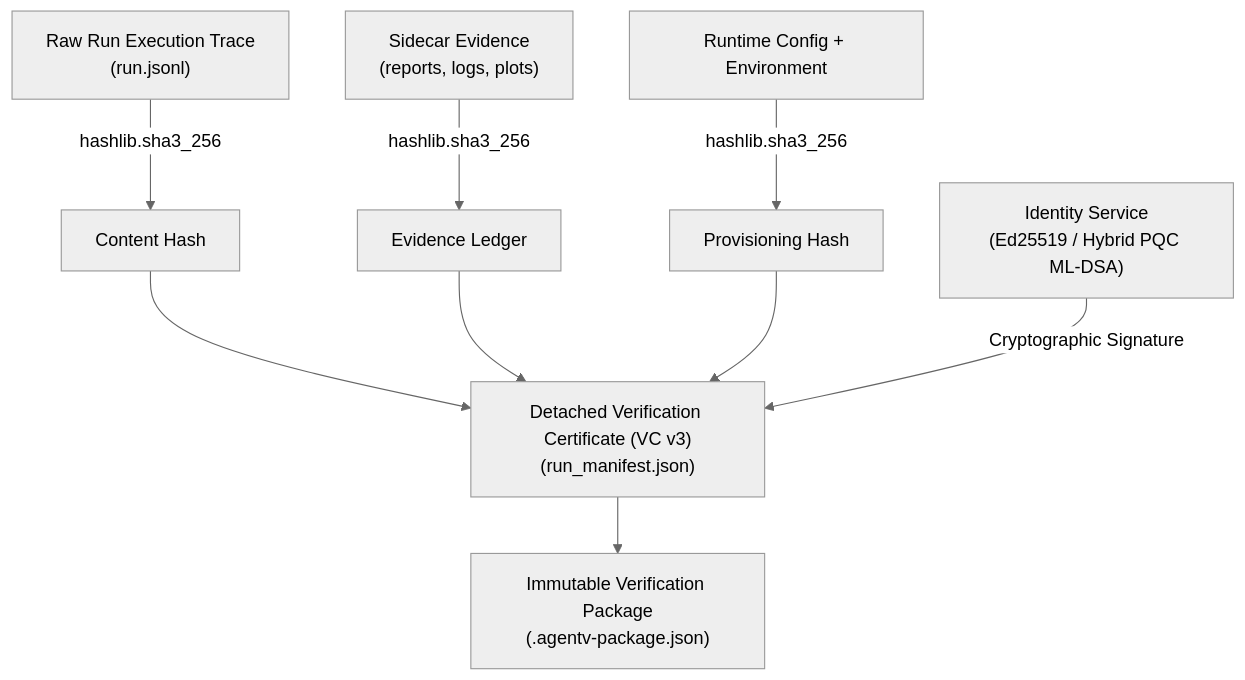
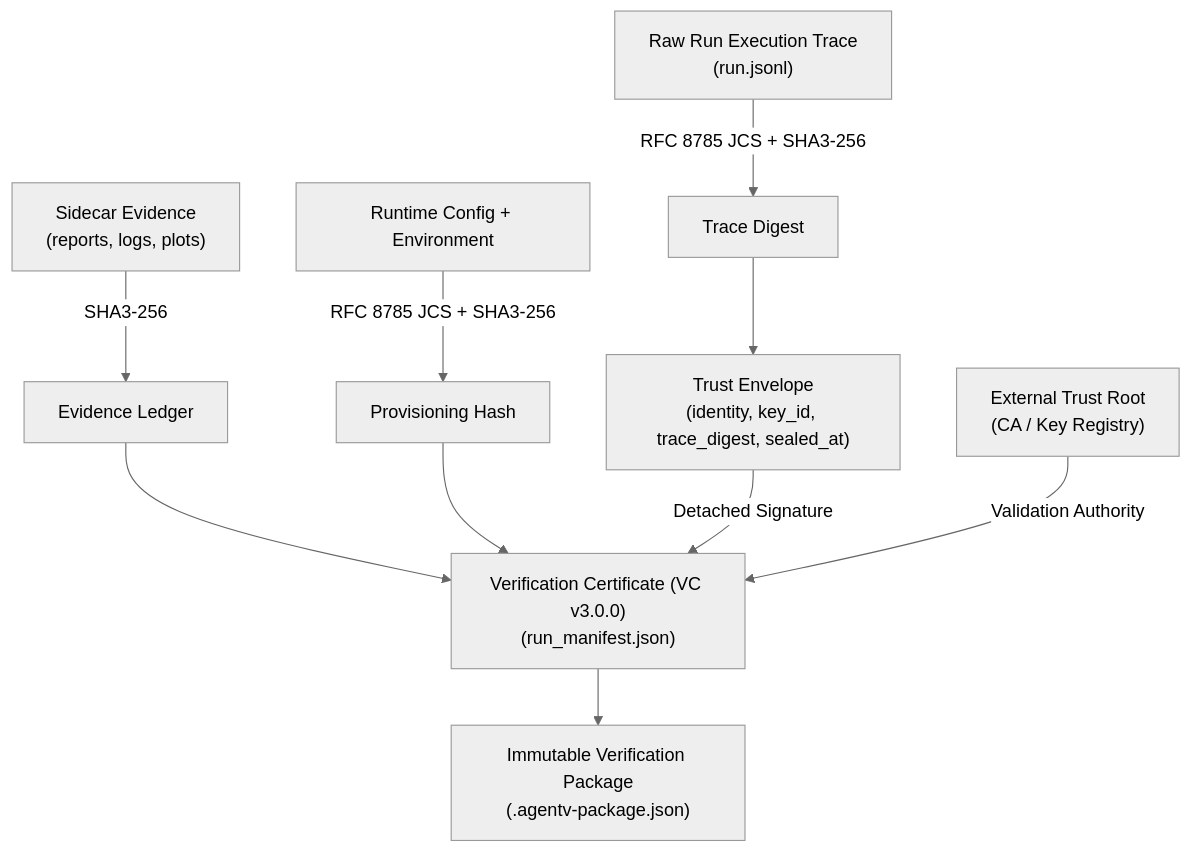
One commit to najeed/ai-agent-eval-harness changed the diagram in docs/src/content/docs/auditor/compliance.md. Above: the diagram before and after it, drawn with Mermaid (neutral theme). The commit also changed other lines of this file and 54 other files, not shown here.

````diff
--- a/docs/src/content/docs/auditor/compliance.md
+++ b/docs/src/content/docs/auditor/compliance.md
@@ -14,13 +14,14 @@
 ```mermaid
 graph TD
-    A["Raw Run Execution Trace<br/>(run.jsonl)"] -->|hashlib.sha3_256| B["Content Hash"]
-    S["Sidecar Evidence<br/>(reports, logs, plots)"] -->|hashlib.sha3_256| L["Evidence Ledger"]
-    P["Runtime Config + Environment"] -->|hashlib.sha3_256| H["Provisioning Hash"]
+    A["Raw Run Execution Trace<br/>(run.jsonl)"] -->|RFC 8785 JCS + SHA3-256| B["Trace Digest"]
+    S["Sidecar Evidence<br/>(reports, logs, plots)"] -->|SHA3-256| L["Evidence Ledger"]
+    P["Runtime Config + Environment"] -->|RFC 8785 JCS + SHA3-256| H["Provisioning Hash"]
     
-    B --> M["Detached Verification Certificate (VC v3)<br/>(run_manifest.json)"]
-    L --> M
+    B --> E["Trust Envelope<br/>(identity, key_id, trace_digest, sealed_at)"]
+    L --> M["Verification Certificate (VC v3.0.0)<br/>(run_manifest.json)"]
     H --> M
+    E -->|Detached Signature| M
     
-    K["Identity Service<br/>(Ed25519 / Hybrid PQC ML-DSA)"] -->|Cryptographic Signature| M
+    K["External Trust Root<br/>(CA / Key Registry)"] -->|Validation Authority| M
     M --> PKG["Immutable Verification Package<br/>(.agentv-package.json)"]
 ```
````
